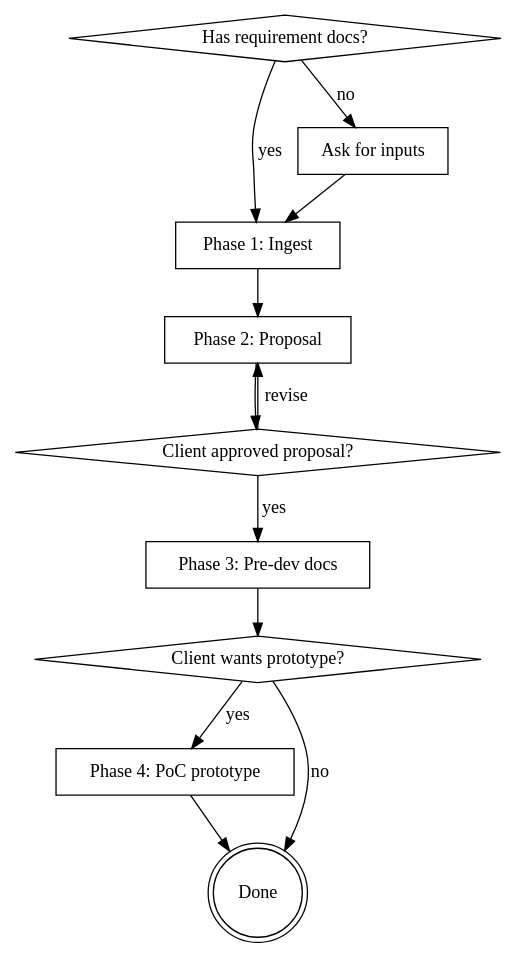
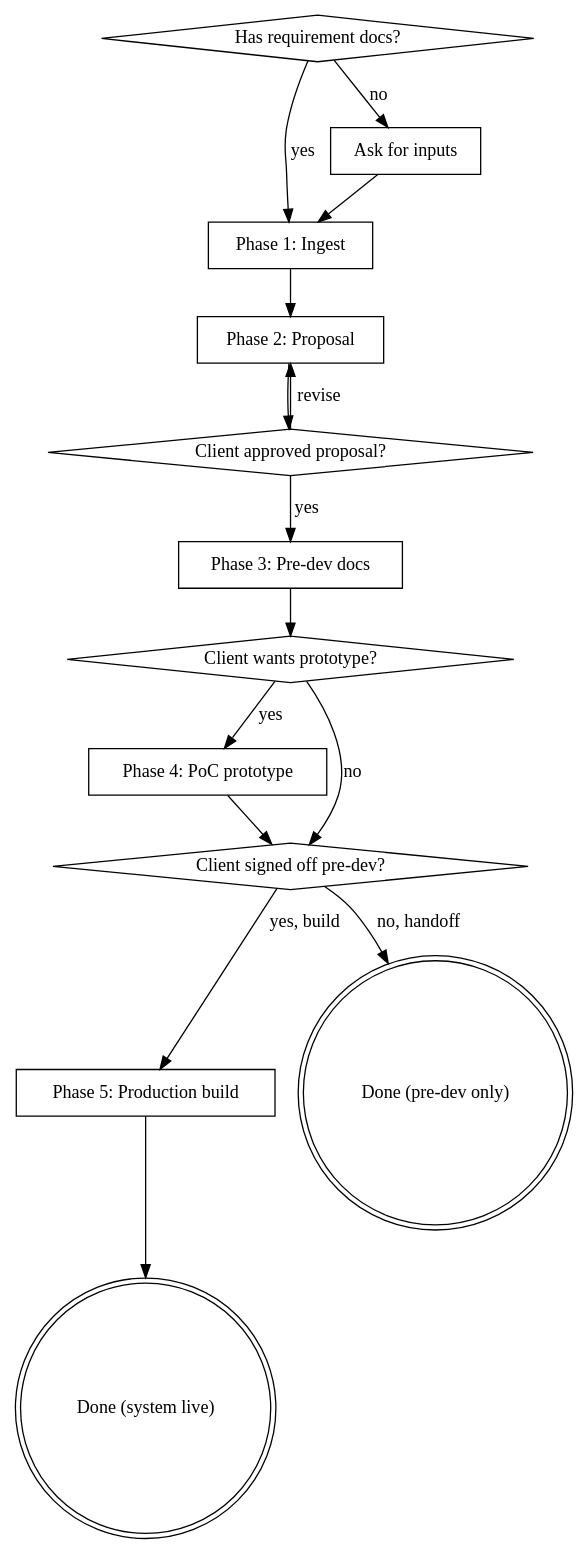
Before and after one commit to codech-dev/Codech-Claude-Marketplace: the diagram in plugins/codech-project-superpower/skills/codech-project-superpower/SKILL.md, drawn with Graphviz. The commit also changed other lines of this file and 5 other files, not shown here.

First line of the commit message:
feat(codech-project-superpower): add Phase 5 — production development

````diff
--- a/plugins/codech-project-superpower/skills/codech-project-superpower/SKILL.md
+++ b/plugins/codech-project-superpower/skills/codech-project-superpower/SKILL.md
@@ -30,25 +35,31 @@
 ```dot
 digraph phases {
   "Has requirement docs?" [shape=diamond];
   "Phase 1: Ingest" [shape=box];
   "Phase 2: Proposal" [shape=box];
   "Client approved proposal?" [shape=diamond];
   "Phase 3: Pre-dev docs" [shape=box];
   "Client wants prototype?" [shape=diamond];
   "Phase 4: PoC prototype" [shape=box];
-  "Done" [shape=doublecircle];
+  "Client signed off pre-dev?" [shape=diamond];
+  "Phase 5: Production build" [shape=box];
+  "Done (pre-dev only)" [shape=doublecircle];
+  "Done (system live)" [shape=doublecircle];
   "Ask for inputs" [shape=box];
 
   "Has requirement docs?" -> "Phase 1: Ingest" [label="yes"];
   "Has requirement docs?" -> "Ask for inputs" [label="no"];
   "Ask for inputs" -> "Phase 1: Ingest";
   "Phase 1: Ingest" -> "Phase 2: Proposal";
   "Phase 2: Proposal" -> "Client approved proposal?";
   "Client approved proposal?" -> "Phase 3: Pre-dev docs" [label="yes"];
   "Client approved proposal?" -> "Phase 2: Proposal" [label="revise"];
   "Phase 3: Pre-dev docs" -> "Client wants prototype?";
   "Client wants prototype?" -> "Phase 4: PoC prototype" [label="yes"];
-  "Client wants prototype?" -> "Done" [label="no"];
-  "Phase 4: PoC prototype" -> "Done";
+  "Client wants prototype?" -> "Client signed off pre-dev?" [label="no"];
+  "Phase 4: PoC prototype" -> "Client signed off pre-dev?";
+  "Client signed off pre-dev?" -> "Phase 5: Production build" [label="yes, build"];
+  "Client signed off pre-dev?" -> "Done (pre-dev only)" [label="no, handoff"];
+  "Phase 5: Production build" -> "Done (system live)";
 }
 ```
````
